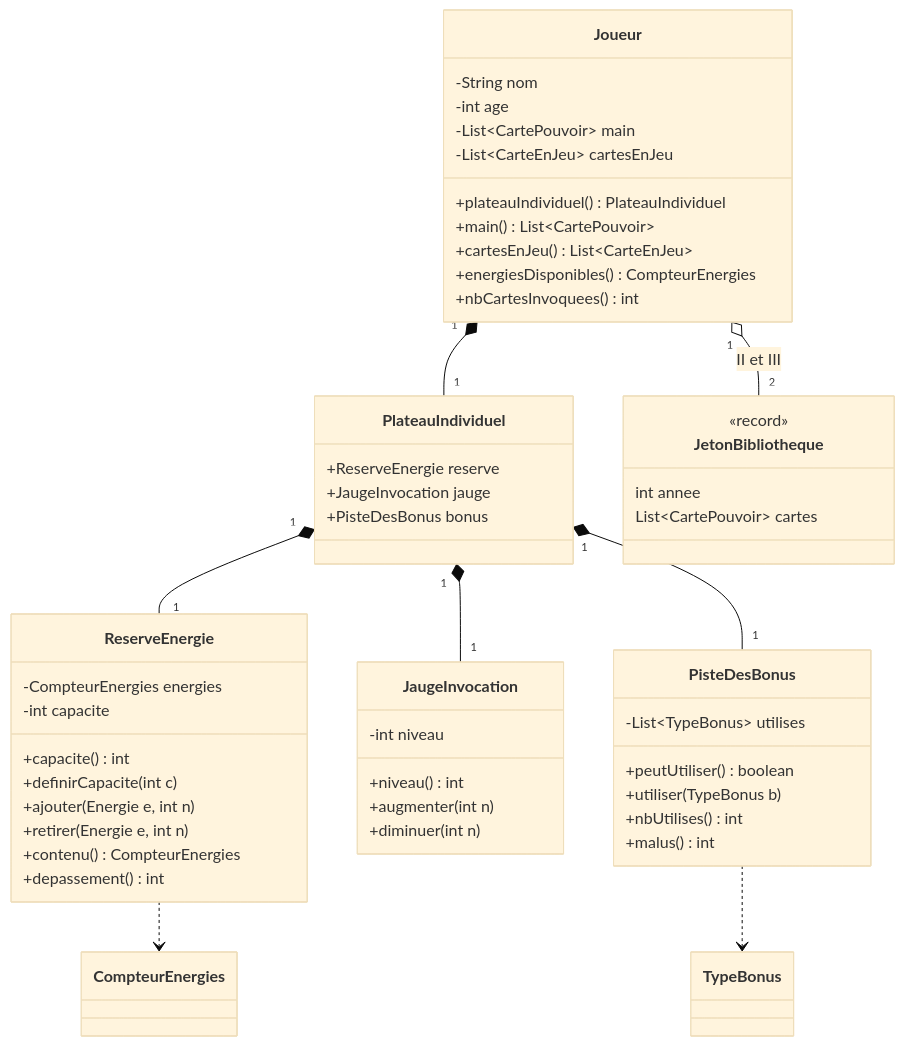
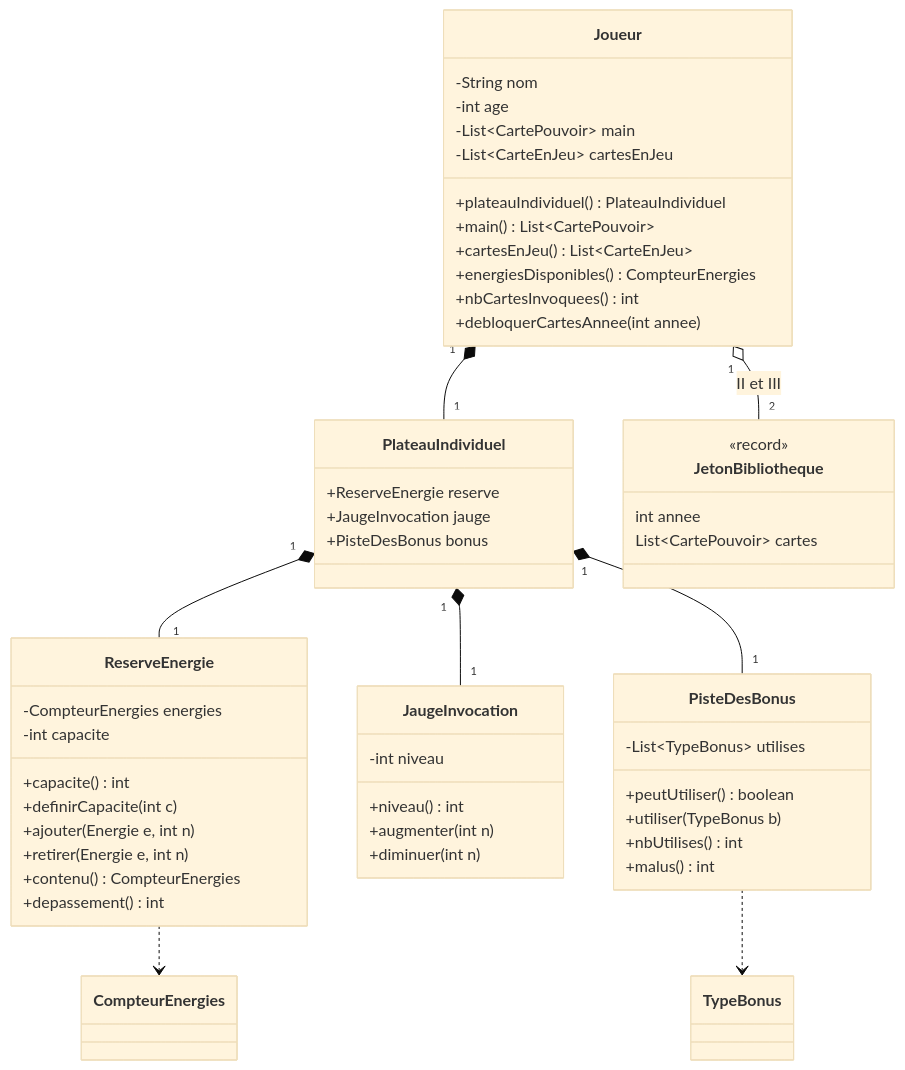
Before and after one commit to MARTINA-niels/SAE-SEASON-Depot-personnel: the third of 3 diagrams in livrable1/sprint1-dossier-conception/docs/03-classes-modele.md, drawn with Mermaid (base theme). The commit also changed other lines of this file and 14 other files, not shown here.

````diff
--- a/livrable1/sprint1-dossier-conception/docs/03-classes-modele.md
+++ b/livrable1/sprint1-dossier-conception/docs/03-classes-modele.md
@@ -171,55 +166,56 @@
 ```mermaid
 classDiagram
     class Joueur {
         -String nom
         -int age
         -List~CartePouvoir~ main
         -List~CarteEnJeu~ cartesEnJeu
         +plateauIndividuel() PlateauIndividuel
         +main() List~CartePouvoir~
         +cartesEnJeu() List~CarteEnJeu~
         +energiesDisponibles() CompteurEnergies
         +nbCartesInvoquees() int
+        +debloquerCartesAnnee(int annee)
     }
     class PlateauIndividuel {
         +ReserveEnergie reserve
         +JaugeInvocation jauge
         +PisteDesBonus bonus
     }
     class ReserveEnergie {
         -CompteurEnergies energies
         -int capacite
         +capacite() int
         +definirCapacite(int c)
         +ajouter(Energie e, int n)
         +retirer(Energie e, int n)
         +contenu() CompteurEnergies
         +depassement() int
     }
     class JaugeInvocation {
         -int niveau
         +niveau() int
         +augmenter(int n)
         +diminuer(int n)
     }
     class PisteDesBonus {
         -List~TypeBonus~ utilises
         +peutUtiliser() boolean
         +utiliser(TypeBonus b)
         +nbUtilises() int
         +malus() int
     }
     class JetonBibliotheque {
         <<record>>
         int annee
         List~CartePouvoir~ cartes
     }
 
     Joueur "1" *-- "1" PlateauIndividuel
     Joueur "1" o-- "2" JetonBibliotheque : II et III
     PlateauIndividuel "1" *-- "1" ReserveEnergie
     PlateauIndividuel "1" *-- "1" JaugeInvocation
     PlateauIndividuel "1" *-- "1" PisteDesBonus
     ReserveEnergie ..> CompteurEnergies
     PisteDesBonus ..> TypeBonus
 ```
````
